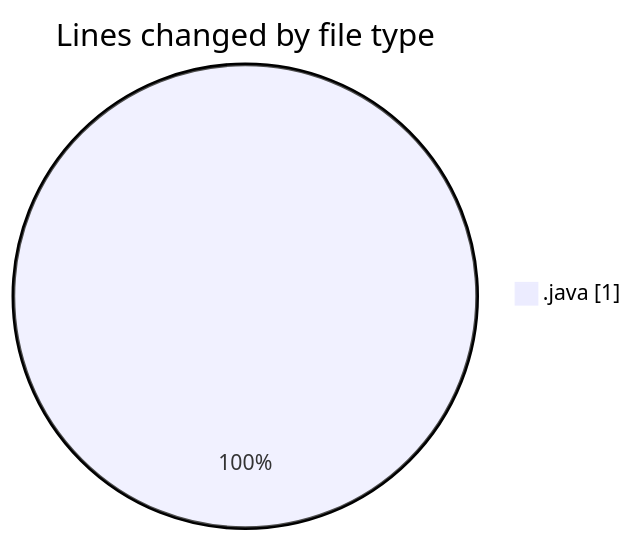
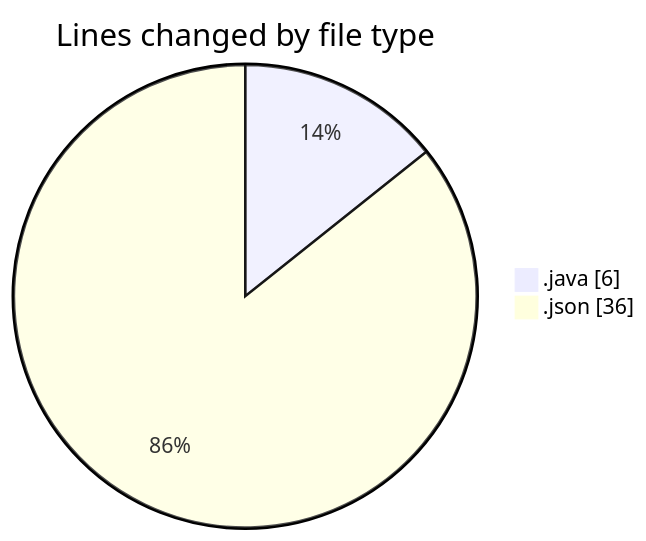
The first of 2 diagrams in 2026-03-06/java_basics/README.md (hasnaa123/code-tracking), drawn with Mermaid before and after one commit. The commit also changed other lines of this file and 1 other file, not shown here.

````diff
--- a/2026-03-06/java_basics/README.md
+++ b/2026-03-06/java_basics/README.md
@@ -20,5 +21,6 @@
 ```mermaid
 pie showData
 title Lines changed by file type
-".java" : 1
+".java" : 6
+".json" : 36
 ```
````
